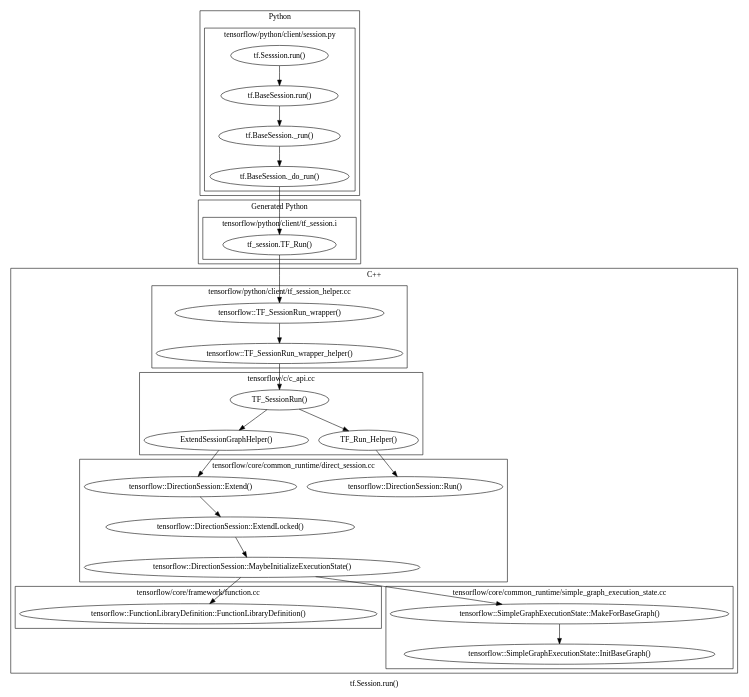
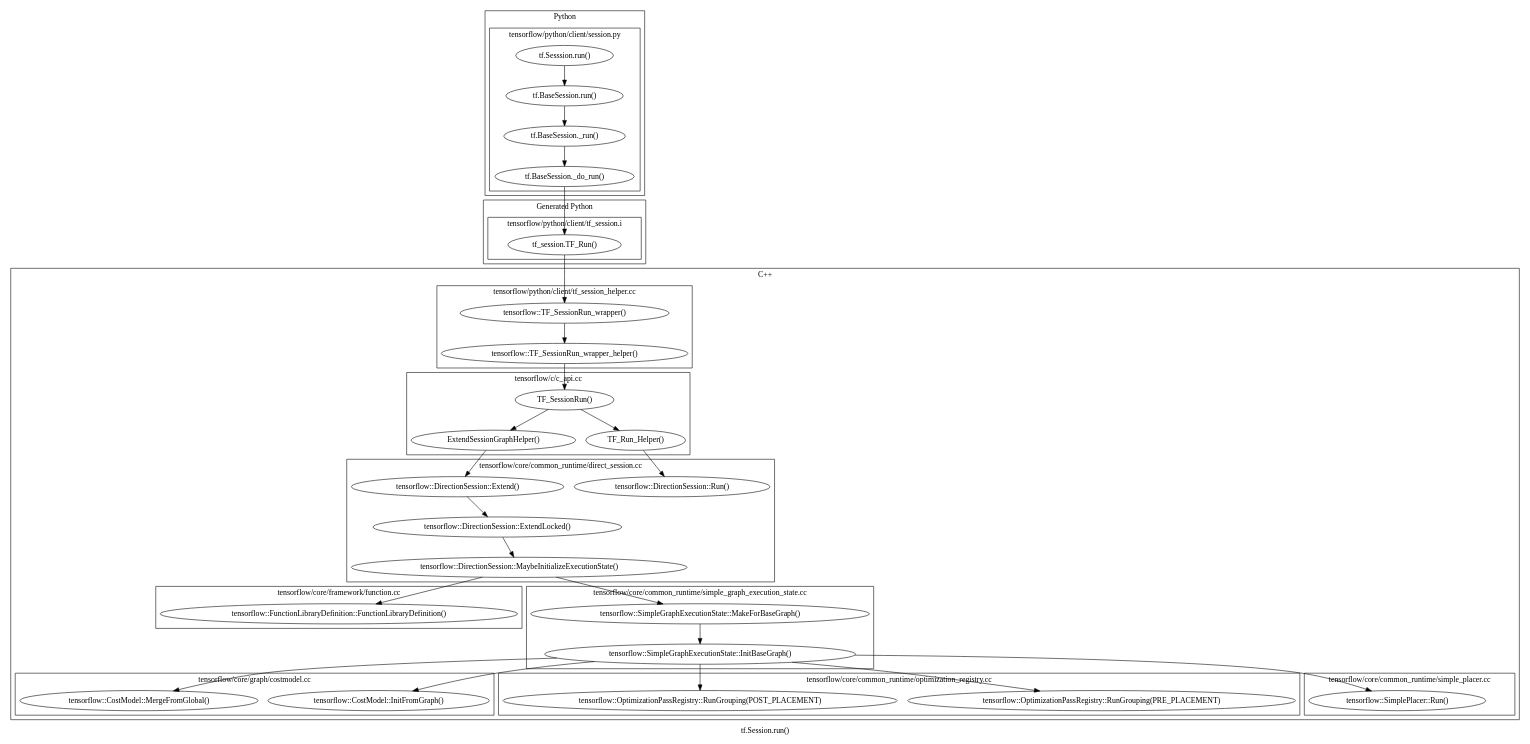
One commit to whchung/tf_trace changed the diagram in 01.dot. Above: the diagram before and after it, drawn with Graphviz.

Commit message:
Improve 01.dot

```diff
--- a/01.dot
+++ b/01.dot
@@ -1,107 +1,130 @@
 digraph 01 {
   label = "tf.Session.run()";
 
   subgraph cluster_python {
     label = "Python";
 
     subgraph cluster_session_py {
       label = "tensorflow/python/client/session.py";
       URL="https://github.com/ROCmSoftwarePlatform/tensorflow/blob/rocm-v1/tensorflow/python/client/session.py";
 
       00 [label="tf.Sesssion.run()" URL="https://github.com/ROCmSoftwarePlatform/tensorflow/blob/rocm-v1/tensorflow/python/client/session.py#L787"];
       01 [label="tf.BaseSession.run()" URL="https://github.com/ROCmSoftwarePlatform/tensorflow/blob/rocm-v1/tensorflow/python/client/session.py#L787"];
       02 [label="tf.BaseSession._run()" URL="https://github.com/ROCmSoftwarePlatform/tensorflow/blob/rocm-v1/tensorflow/python/client/session.py#L1040"];
       03 [label="tf.BaseSession._do_run()" URL="https://github.com/ROCmSoftwarePlatform/tensorflow/blob/rocm-v1/tensorflow/python/client/session.py#L1262"];
 
       00 -> 01;
       01 -> 02;
       02 -> 03;
     }
   }
 
   subgraph cluster_generated_python {
     label = "Generated Python";
 
     subgraph cluster_tf_session_i {
       label = "tensorflow/python/client/tf_session.i";
       URL="https://github.com/ROCmSoftwarePlatform/tensorflow/blob/rocm-v1/tensorflow/python/client/tf_session.i";
 
       04 [label="tf_session.TF_Run()" URL="https://github.com/ROCmSoftwarePlatform/tensorflow/blob/rocm-v1/tensorflow/python/client/tf_session.i#L296"];
 
       03 -> 04;
     }
   }
 
   subgraph cluster_cxx {
     label = "C++";
 
     subgraph cluster_tf_session_helper_cc {
       label = "tensorflow/python/client/tf_session_helper.cc";
       URL="https://github.com/ROCmSoftwarePlatform/tensorflow/blob/rocm-v1/tensorflow/python/client/tf_session_helper.cc";
 
       05 [label="tensorflow::TF_SessionRun_wrapper()" URL="https://github.com/ROCmSoftwarePlatform/tensorflow/blob/rocm-v1/tensorflow/python/client/tf_session_helper.cc#L710"];
       051 [label="tensorflow::TF_SessionRun_wrapper_helper()" URL="https://github.com/ROCmSoftwarePlatform/tensorflow/blob/rocm-v2/tensorflow/python/client/tf_session_helper.cc#L618"];
 
       04 -> 05;
       05 -> 051;
     }
 
     subgraph cluster_c_api_cc {
       label = "tensorflow/c/c_api.cc";
       URL="https://github.com/ROCmSoftwarePlatform/tensorflow/blob/rocm-v1/tensorflow/c/c_api.cc";
       
       06 [label="TF_SessionRun()" URL="https://github.com/ROCmSoftwarePlatform/tensorflow/blob/rocm-v1/tensorflow/c/c_api.cc#L2284"];
       061 [label="ExtendSessionGraphHelper()" URL="https://github.com/ROCmSoftwarePlatform/tensorflow/blob/rocm-v1/tensorflow/c/c_api.cc#L2248"];
       07 [label="TF_Run_Helper()" URL="https://github.com/ROCmSoftwarePlatform/tensorflow/blob/rocm-v1/tensorflow/c/c_api.cc#L524"];
 
       051 -> 06;
       06 -> 061;
       06 -> 07;
     }
 
     subgraph cluster_direction_session_cc {
       label = "tensorflow/core/common_runtime/direct_session.cc";
       URL="https://github.com/ROCmSoftwarePlatform/tensorflow/blob/rocm-v1/tensorflow/core/common_runtime/direct_session.cc";
 
       08 [label="tensorflow::DirectionSession::Run()" URL="https://github.com/ROCmSoftwarePlatform/tensorflow/blob/rocm-v1/tensorflow/core/common_runtime/direct_session.cc#L431"];
       09 [label="tensorflow::DirectionSession::Extend()" URL="https://github.com/ROCmSoftwarePlatform/tensorflow/blob/rocm-v1/tensorflow/core/common_runtime/direct_session.cc#L376"];
       10 [label="tensorflow::DirectionSession::ExtendLocked()" URL="https://github.com/ROCmSoftwarePlatform/tensorflow/blob/rocm-v1/tensorflow/core/common_runtime/direct_session.cc#L376"];
       11 [label="tensorflow::DirectionSession::MaybeInitializeExecutionState()" URL="https://github.com/ROCmSoftwarePlatform/tensorflow/blob/rocm-v1/tensorflow/core/common_runtime/direct_session.cc#L332"];
 
       07 -> 08;
       061 -> 09;
       09 -> 10;
       10 -> 11;
     }
 
     subgraph cluster_function_cc {
       label = "tensorflow/core/framework/function.cc";
       URL="https://github.com/ROCmSoftwarePlatform/tensorflow/blob/rocm-v1/tensorflow/core/framework/function.cc";
 
       12 [label="tensorflow::FunctionLibraryDefinition::FunctionLibraryDefinition()" URL="https://github.com/ROCmSoftwarePlatform/tensorflow/blob/rocm-v1/tensorflow/core/framework/function.cc#L870"];
 
       11 -> 12;
 
       // explain this does add all the ops
     }
 
     subgraph cluster_simple_graph_execution_state_cc {
       label = "tensorflow/core/common_runtime/simple_graph_execution_state.cc";
       URL="https://github.com/ROCmSoftwarePlatform/tensorflow/blob/rocm-v1/tensorflow/core/common_runtime/simple_graph_execution_state.cc";
 
       13 [label="tensorflow::SimpleGraphExecutionState::MakeForBaseGraph()" URL="https://github.com/ROCmSoftwarePlatform/tensorflow/blob/rocm-v1/tensorflow/core/common_runtime/simple_graph_execution_state.cc#L74"];
       14 [label="tensorflow::SimpleGraphExecutionState::InitBaseGraph()" URL="https://github.com/ROCmSoftwarePlatform/tensorflow/blob/rocm-v1/tensorflow/core/common_runtime/simple_graph_execution_state.cc#L237"];
     
       11 -> 13;
       13 -> 14;
     }
 
-    // CostModel
+    subgraph cluster_costmodel_cc {
+      label = "tensorflow/core/graph/costmodel.cc";
+      URL="https://github.com/ROCmSoftwarePlatform/tensorflow/blob/rocm-v1/tensorflow/core/graph/costmodel.cc";
 
-    // PRE_PLACEMENT GraphOptimizationPass
+      15 [label="tensorflow::CostModel::InitFromGraph()" URL="https://github.com/ROCmSoftwarePlatform/tensorflow/blob/rocm-v1/tensorflow/core/graph/costmodel.cc#L480"];
+      16 [label="tensorflow::CostModel::MergeFromGlobal()" URL="https://github.com/ROCmSoftwarePlatform/tensorflow/blob/rocm-v1/tensorflow/core/graph/costmodel.cc#L77"];
 
-    // SimplePlacer
+      14 -> 15;
+      14 -> 16;
+    }
 
-    // POST_PLACEMENT GraphiOptimizationPass
+    subgraph cluster_optimization_registry_cc {
+      label = "tensorflow/core/common_runtime/optimization_registry.cc";
+      URL="https://github.com/ROCmSoftwarePlatform/tensorflow/blob/rocm-v1/tensorflow/core/common_runtime/optimization_registry.cc";
+
+      17 [label="tensorflow::OptimizationPassRegistry::RunGrouping(PRE_PLACEMENT)" URL="https://github.com/ROCmSoftwarePlatform/tensorflow/blob/rocm-v1/tensorflow/core/common_runtime/optimization_registry.cc#L47"];
+      19 [label="tensorflow::OptimizationPassRegistry::RunGrouping(POST_PLACEMENT)" URL="https://github.com/ROCmSoftwarePlatform/tensorflow/blob/rocm-v1/tensorflow/core/common_runtime/optimization_registry.cc#L47"];
+
+      14 -> 17;
+      14 -> 19;
+    }
+ 
+    subgraph cluster_simpler_placer_cc {
+      label = "tensorflow/core/common_runtime/simple_placer.cc";
+      URL="https://github.com/ROCmSoftwarePlatform/tensorflow/blob/rocm-v1/tensorflow/core/common_runtime/simple_placer.cc";
+
+      18 [label="tensorflow::SimplePlacer::Run()" URL="https://github.com/ROCmSoftwarePlatform/tensorflow/blob/rocm-v1/tensorflow/core/common_runtime/simple_placer.cc#L652"];
+
+      14 -> 18;
+    }
   }
 }
```
